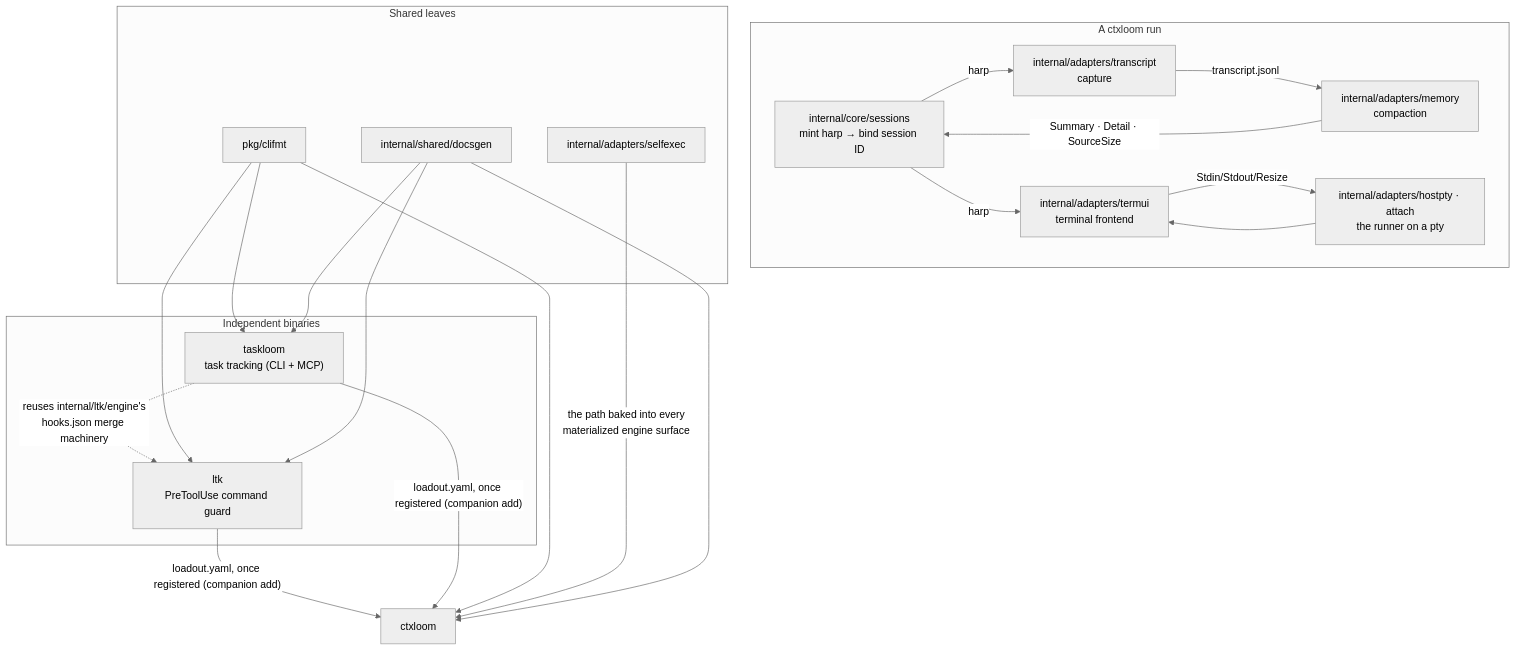
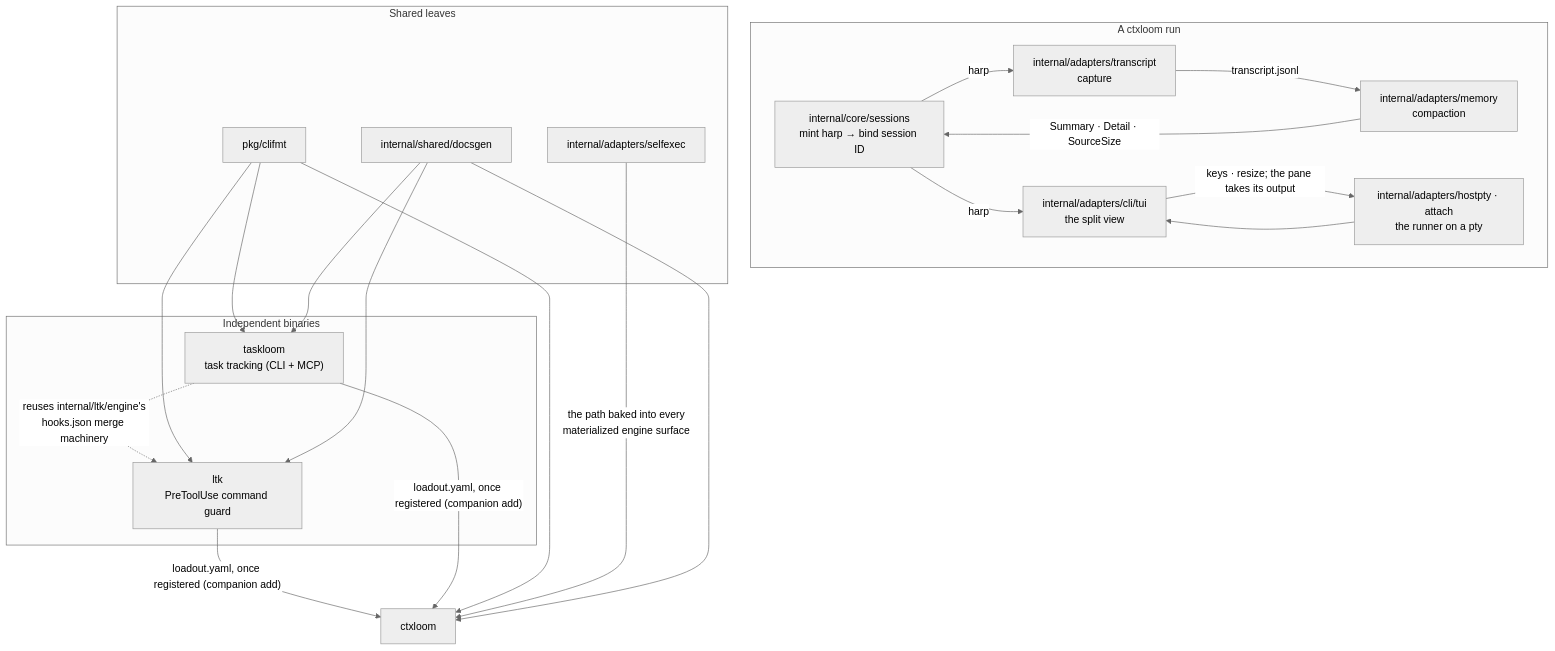
One commit to ctxloom/ctxloom changed the diagram in docs/architecture/companions/README.md. Above: the diagram before and after it, drawn with Mermaid (neutral theme). The commit also changed other lines of this file and 82 other files, not shown here.

First line of the commit message:
refactor(cli): delete termui and the overlay Model; drop charm.land/bubbles/v2

````diff
--- a/docs/architecture/companions/README.md
+++ b/docs/architecture/companions/README.md
@@ -29,36 +28,36 @@
 ```mermaid
 flowchart TD
     subgraph binaries["Independent binaries"]
       LTK["ltk<br/>PreToolUse command guard"]
       TL["taskloom<br/>task tracking (CLI + MCP)"]
     end
 
     subgraph run["A ctxloom run"]
       SESS["internal/core/sessions<br/>mint harp → bind session ID"]
-      TERM["internal/adapters/termui<br/>terminal frontend"]
+      TERM["internal/adapters/cli/tui<br/>the split view"]
       VP["internal/adapters/hostpty · attach<br/>the runner on a pty"]
       TR["internal/adapters/transcript<br/>capture"]
       MEM["internal/adapters/memory<br/>compaction"]
     end
 
     subgraph leaves["Shared leaves"]
       CF["pkg/clifmt"]
       SE["internal/adapters/selfexec"]
       DG["internal/shared/docsgen"]
     end
 
     SESS -->|"harp"| TR
     SESS -->|"harp"| TERM
     TR -->|"transcript.jsonl"| MEM
     MEM -->|"Summary · Detail · SourceSize"| SESS
     VP --> TERM
-    TERM -->|"Stdin/Stdout/Resize"| VP
+    TERM -->|"keys · resize; the pane takes its output"| VP
 
     LTK -->|"loadout.yaml, once registered (companion add)"| CTX["ctxloom"]
     TL -->|"loadout.yaml, once registered (companion add)"| CTX
     TL -.->|"reuses internal/ltk/engine's<br/>hooks.json merge machinery"| LTK
 
     CF --> LTK & TL & CTX
     SE -->|"the path baked into every<br/>materialized engine surface"| CTX
     DG --> LTK & TL & CTX
 ```
````
